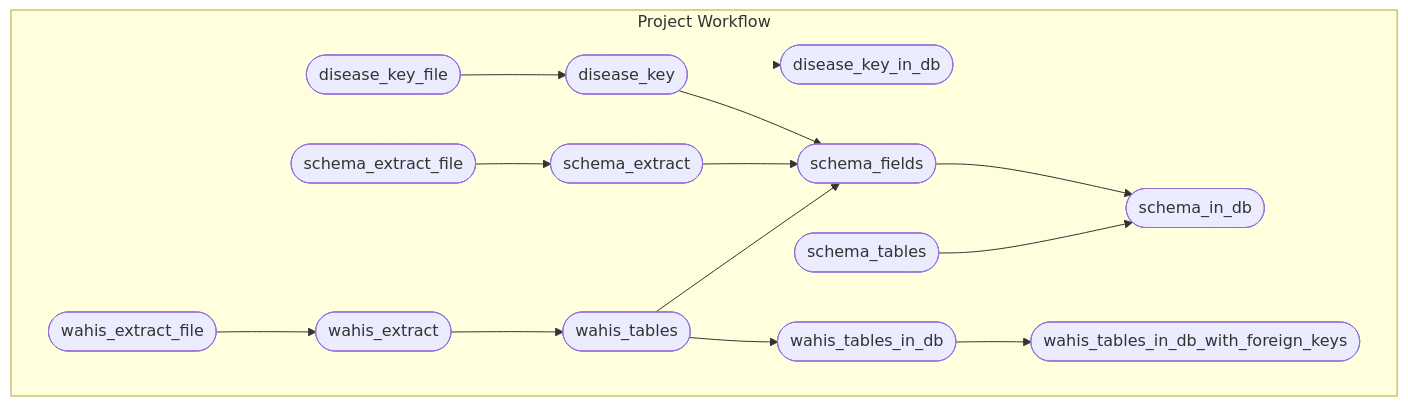
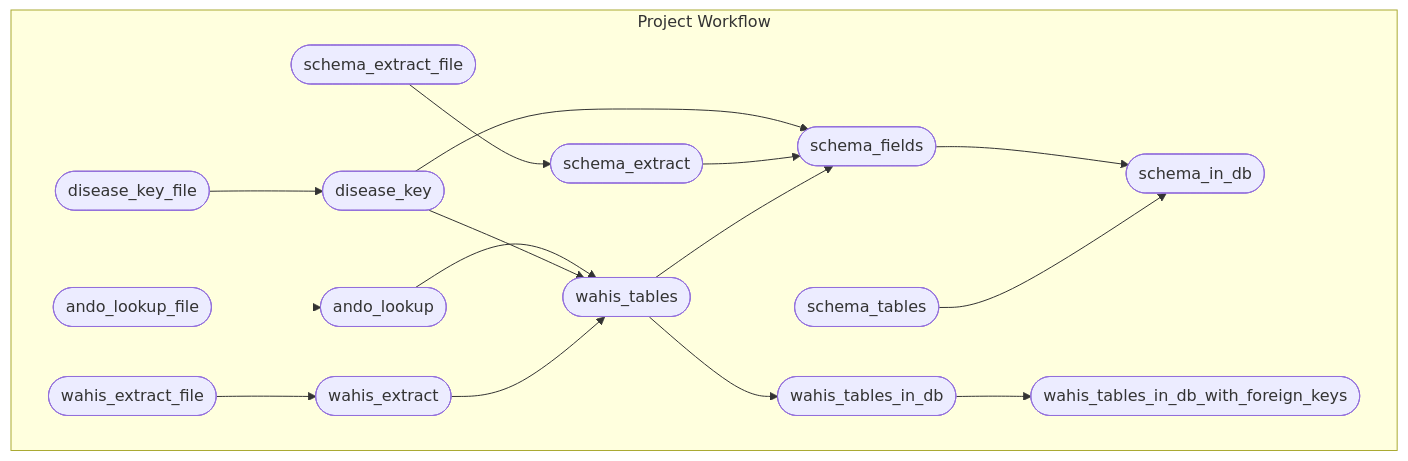
One commit to ecohealthalliance/wahisdb changed the diagram in README.md. Above: the diagram before and after it, drawn with Mermaid. The commit also changed other lines of this file and 3 other files, not shown here.

````diff
--- a/README.md
+++ b/README.md
@@ -49,19 +46,21 @@
 ``` mermaid
 graph LR
 subgraph Project Workflow
     direction LR
-    x3fa380dc1bb2ee6e(["disease_key"]):::queued --> x96e683a1482e53af(["disease_key_in_db"]):::queued
+    x629c36d2af957bc8(["ando_lookup_file"]):::skipped --> x9f3106cdda58eb5e(["ando_lookup"]):::queued
     x985e8121d5fee0a3(["wahis_tables"]):::queued --> x251c9f94619dd3ca(["wahis_tables_in_db"]):::queued
     xbddb73c04cc744ca(["disease_key_file"]):::queued --> x3fa380dc1bb2ee6e(["disease_key"]):::queued
     xb062d399d449ab75(["schema_extract_file"]):::queued --> xb8193a09354c7cc0(["schema_extract"]):::queued
     x6a8e2c18543f0da1(["wahis_extract_file"]):::skipped --> x800e0120ecf6dba0(["wahis_extract"]):::queued
+    x9f3106cdda58eb5e(["ando_lookup"]):::queued --> x985e8121d5fee0a3(["wahis_tables"]):::queued
+    x3fa380dc1bb2ee6e(["disease_key"]):::queued --> x985e8121d5fee0a3(["wahis_tables"]):::queued
     x800e0120ecf6dba0(["wahis_extract"]):::queued --> x985e8121d5fee0a3(["wahis_tables"]):::queued
     x5cbe2bbd0725c754(["schema_fields"]):::queued --> x9c3cd21d02b17883(["schema_in_db"]):::queued
     xe2a64b31ce9fa139(["schema_tables"]):::queued --> x9c3cd21d02b17883(["schema_in_db"]):::queued
     x251c9f94619dd3ca(["wahis_tables_in_db"]):::queued --> x1bd336b143fd25fb(["wahis_tables_in_db_with_foreign_keys"]):::queued
     x3fa380dc1bb2ee6e(["disease_key"]):::queued --> x5cbe2bbd0725c754(["schema_fields"]):::queued
     xb8193a09354c7cc0(["schema_extract"]):::queued --> x5cbe2bbd0725c754(["schema_fields"]):::queued
     x985e8121d5fee0a3(["wahis_tables"]):::queued --> x5cbe2bbd0725c754(["schema_fields"]):::queued
   end
 linkStyle 0 stroke-width:0px;
 ```
````
